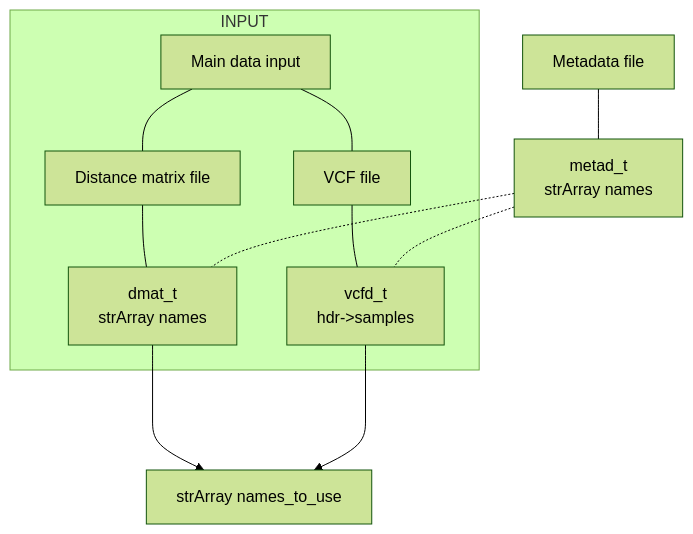
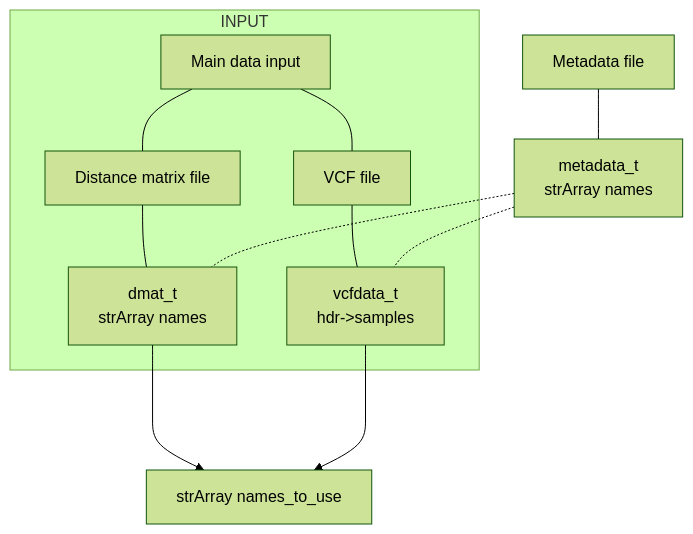
Before and after one commit to isinaltinkaya/ngsAMOVA: the first of 5 diagrams in doc/internal.MD, drawn with Mermaid (forest theme). The commit also changed other lines of this file and 20 other files, not shown here.

````diff
--- a/doc/internal.MD
+++ b/doc/internal.MD
@@ -11,28 +11,27 @@
 ```mermaid
 graph TD;
 
     DATAIN[Main data input]
 
     subgraph INPUT
     INDM[Distance matrix file]
     INVCF[VCF file]
     DATAIN --- INDM --- DISTNAMES
     DATAIN --- INVCF --- VCFNAMES
     end
 
     MTD --- MTDNAMES
     MTD[Metadata file]
-    MTDNAMES[metad_t \n strArray names];
+    MTDNAMES[metadata_t \n strArray names];
     DISTNAMES[dmat_t \n strArray names];
     NAMES_TO_USE[strArray names_to_use];
-    VCFNAMES[vcfd_t \n hdr->samples];
+    VCFNAMES[vcfdata_t \n hdr->samples];
 
 
     MTDNAMES -.- DISTNAMES
     MTDNAMES -.- VCFNAMES
 
     DISTNAMES ---> NAMES_TO_USE
     VCFNAMES --->  NAMES_TO_USE
 
-
 ```
````
